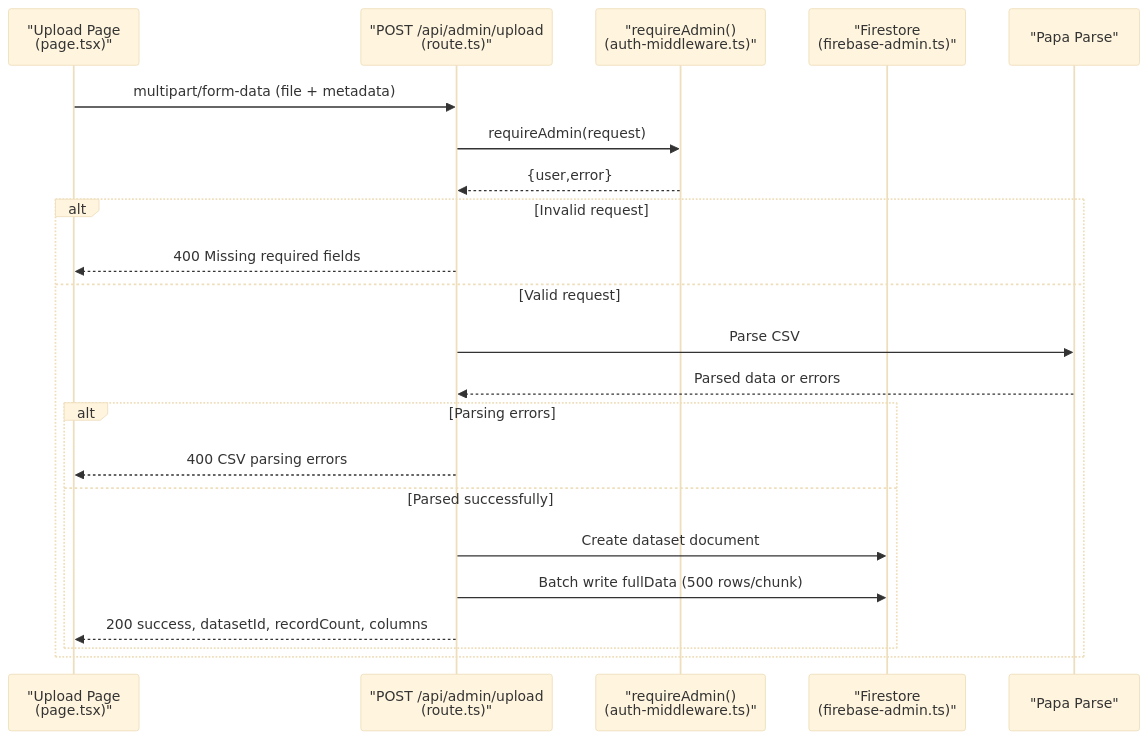
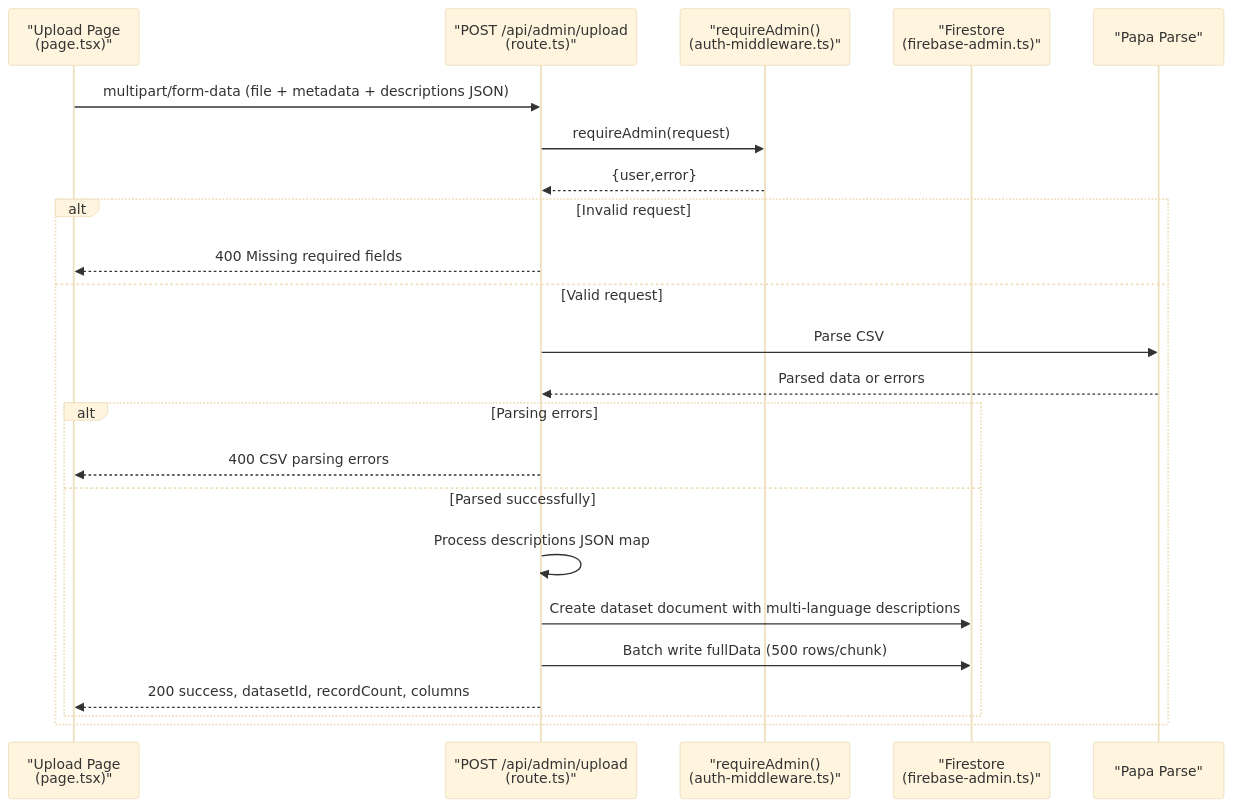
Before and after one commit to alikizang/datafrica: the fourth of 7 diagrams in .qoder/repowiki/en/content/API Reference/Admin Operations APIs.md, drawn with Mermaid (base theme). The commit also changed other lines of this file and 21 other files, not shown here.

````diff
--- a/.qoder/repowiki/en/content/API Reference/Admin Operations APIs.md
+++ b/.qoder/repowiki/en/content/API Reference/Admin Operations APIs.md
@@ -196,24 +215,25 @@
 ```mermaid
 sequenceDiagram
 participant FE as "Upload Page<br/>(page.tsx)"
 participant API as "POST /api/admin/upload<br/>(route.ts)"
 participant MW as "requireAdmin()<br/>(auth-middleware.ts)"
 participant FS as "Firestore<br/>(firebase-admin.ts)"
 participant PC as "Papa Parse"
-FE->>API : multipart/form-data (file + metadata)
+FE->>API : multipart/form-data (file + metadata + descriptions JSON)
 API->>MW : requireAdmin(request)
 MW-->>API : {user,error}
 alt Invalid request
 API-->>FE : 400 Missing required fields
 else Valid request
 API->>PC : Parse CSV
 PC-->>API : Parsed data or errors
 alt Parsing errors
 API-->>FE : 400 CSV parsing errors
 else Parsed successfully
-API->>FS : Create dataset document
+API->>API : Process descriptions JSON map
+API->>FS : Create dataset document with multi-language descriptions
 API->>FS : Batch write fullData (500 rows/chunk)
 API-->>FE : 200 success, datasetId, recordCount, columns
 end
 end
 ```
````
